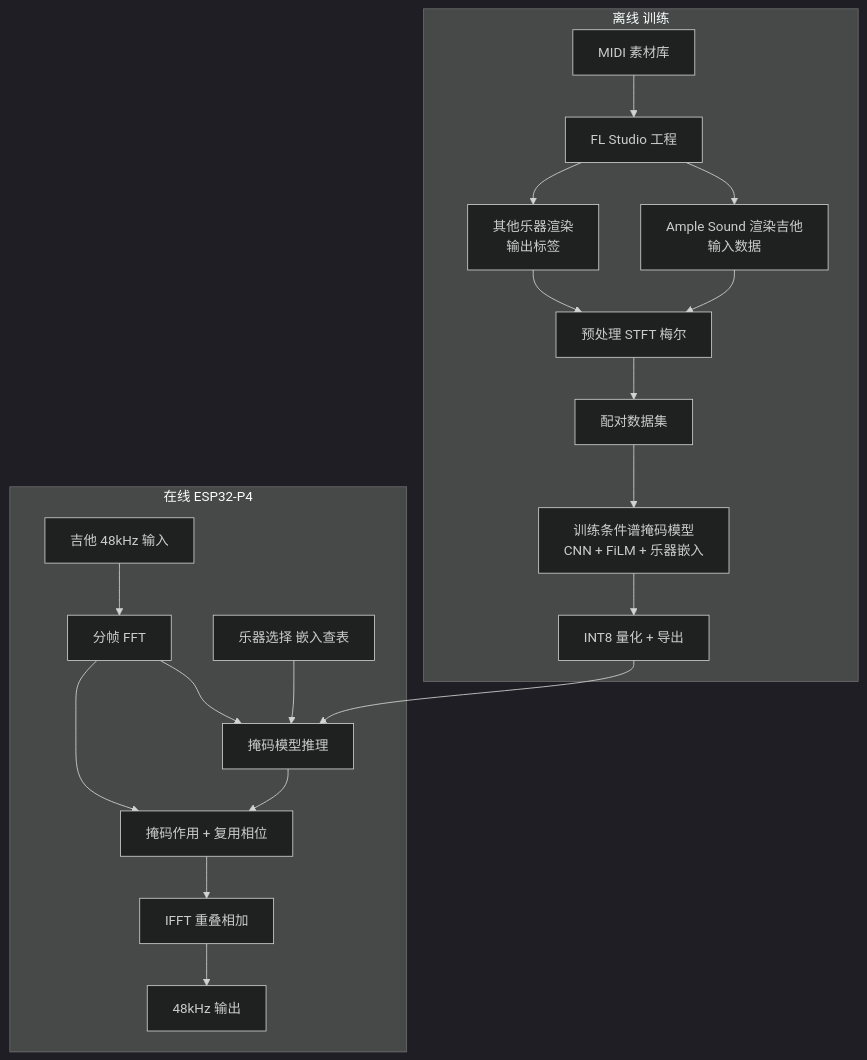
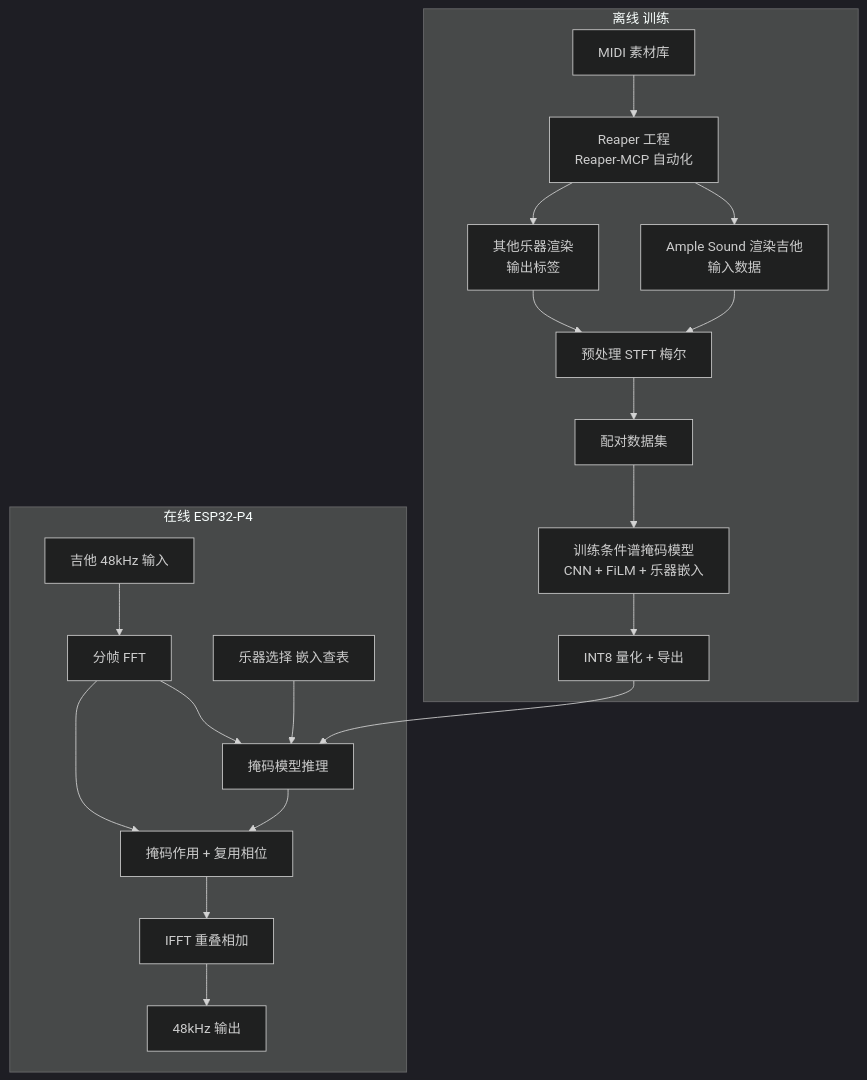
The first of 5 diagrams in IMPLEMENTATION.md (fffdee/Guitar_Enchant_Tone), drawn with Mermaid (dark theme) before and after one commit. The commit also changed other lines of this file and 1 other file, not shown here.

````diff
--- a/IMPLEMENTATION.md
+++ b/IMPLEMENTATION.md
@@ -13,23 +15,23 @@
 ```mermaid
 flowchart TD
     subgraph OFF[离线 训练]
-        M[MIDI 素材库] --> FL[FL Studio 工程]
-        FL --> G[Ample Sound 渲染吉他<br/>输入数据]
-        FL --> T[其他乐器渲染<br/>输出标签]
+        M[MIDI 素材库] --> RP[Reaper 工程<br/>Reaper-MCP 自动化]
+        RP --> G[Ample Sound 渲染吉他<br/>输入数据]
+        RP --> T[其他乐器渲染<br/>输出标签]
         G --> PRE[预处理 STFT 梅尔]
         T --> PRE
         PRE --> DS[配对数据集]
         DS --> TR[训练条件谱掩码模型<br/>CNN + FiLM + 乐器嵌入]
         TR --> Q[INT8 量化 + 导出]
     end
     subgraph ON[在线 ESP32-P4]
         IN[吉他 48kHz 输入] --> FFT[分帧 FFT]
         FFT --> NET[掩码模型推理]
         Q --> NET
         EMB[乐器选择 嵌入查表] --> NET
         NET --> AP[掩码作用 + 复用相位]
         FFT --> AP
         AP --> IFFT[IFFT 重叠相加]
         IFFT --> OUT[48kHz 输出]
     end
 ```
````
